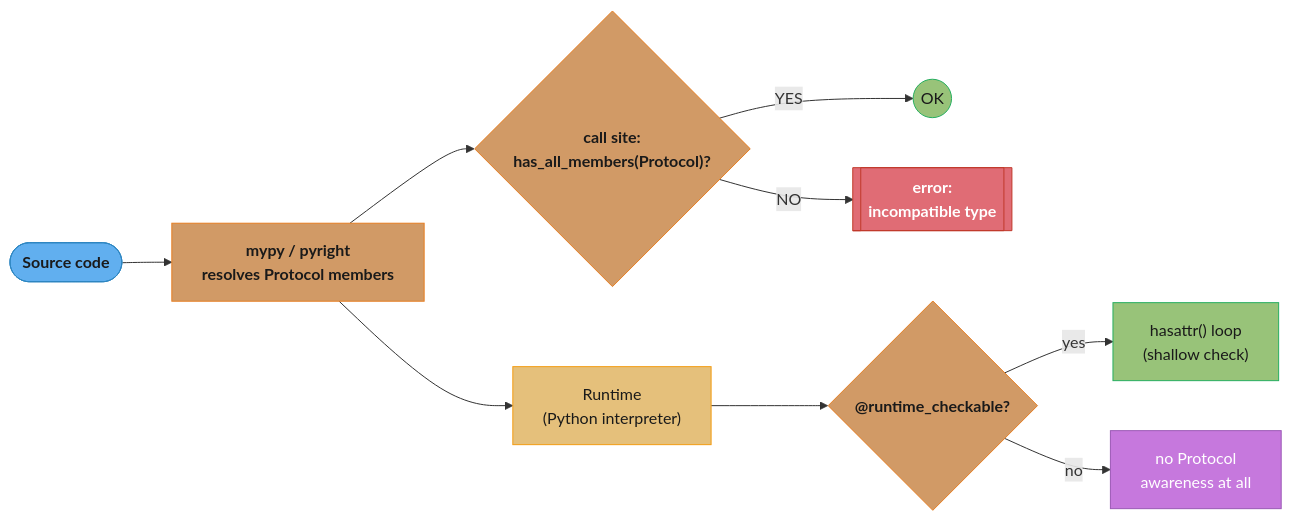
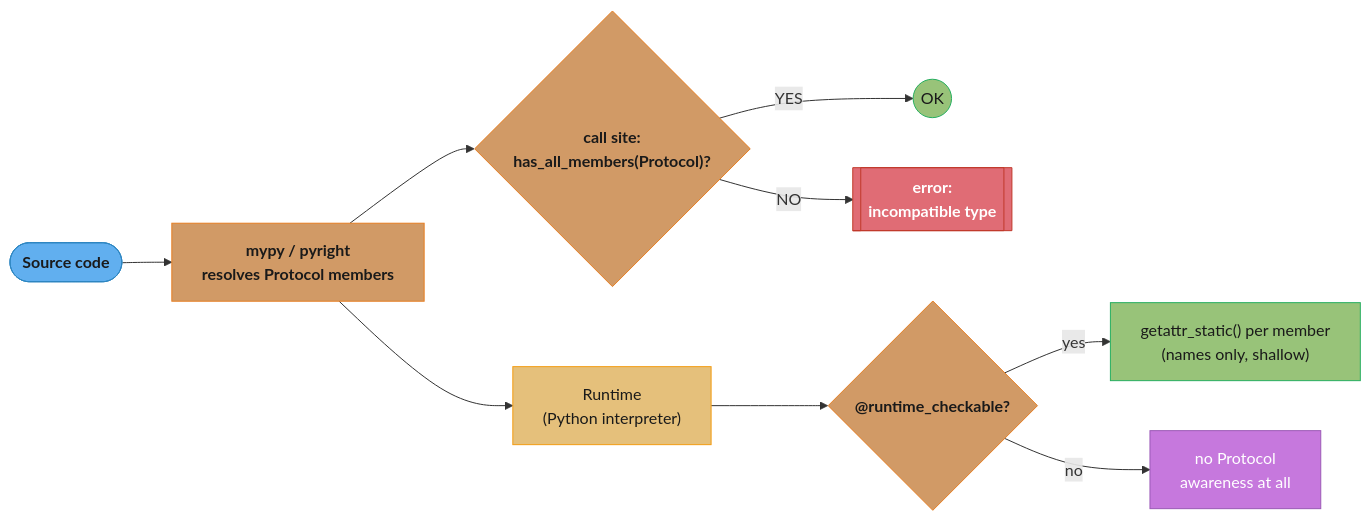
One commit to rppol/system-design changed the third of 6 diagrams in src/main/java/com/rutik/systemdesign/python/the_type_system_and_typing/protocols_and_structural_typing.md. Above: the diagram before and after it, drawn with Mermaid. The commit also changed other lines of this file and 3 other files, not shown here.

````diff
--- a/src/main/java/com/rutik/systemdesign/python/the_type_system_and_typing/protocols_and_structural_typing.md
+++ b/src/main/java/com/rutik/systemdesign/python/the_type_system_and_typing/protocols_and_structural_typing.md
@@ -478,27 +482,27 @@
 ```mermaid
 flowchart LR
     classDef io      fill:#61afef,stroke:#2e86c1,color:#1a1a1a,font-weight:bold
     classDef frozen  fill:#c678dd,stroke:#9b59b6,color:#fff
     classDef train   fill:#98c379,stroke:#27ae60,color:#1a1a1a
     classDef mathOp  fill:#d19a66,stroke:#e67e22,color:#1a1a1a,font-weight:bold
     classDef lossN   fill:#e06c75,stroke:#c0392b,color:#fff,font-weight:bold
     classDef req     fill:#56b6c2,stroke:#0097a7,color:#1a1a1a
     classDef base    fill:#e5c07b,stroke:#f39c12,color:#1a1a1a
 
     Src([Source code]) --> Chk["mypy / pyright<br/>resolves Protocol members"]
     Chk --> Q{"call site:<br/>has_all_members(Protocol)?"}
     Q -->|"YES"| OK(("OK"))
     Q -->|"NO"| Err[["error:<br/>incompatible type"]]
     Chk --> Run["Runtime<br/>(Python interpreter)"]
     Run --> Q2{"@runtime_checkable?"}
-    Q2 -->|"yes"| Hasattr["hasattr() loop<br/>(shallow check)"]
+    Q2 -->|"yes"| Hasattr["getattr_static() per member<br/>(names only, shallow)"]
     Q2 -->|"no"| NoAware["no Protocol<br/>awareness at all"]
 
     class Src io
     class Chk,Q,Q2 mathOp
     class OK train
     class Err lossN
     class Run base
     class Hasattr train
     class NoAware frozen
 ```
````
